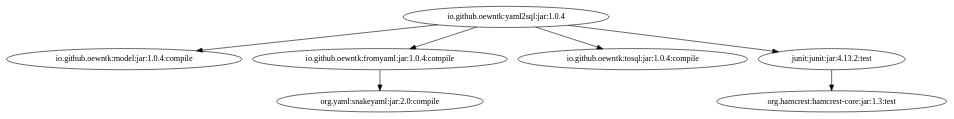
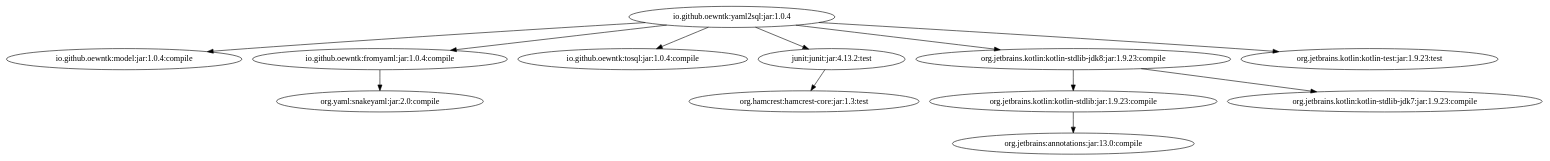
One commit to oewntk/grind_yaml2sql changed the diagram in images/grind-yaml2sql.dot. Above: the diagram before and after it, drawn with Graphviz. The commit also changed 1 other file, not shown here.

Commit message:
fromyaml to kotlin

```diff
--- a/images/grind-yaml2sql.dot
+++ b/images/grind-yaml2sql.dot
@@ -1,8 +1,13 @@
 digraph "io.github.oewntk:yaml2sql:jar:1.0.4" { 
 	"io.github.oewntk:yaml2sql:jar:1.0.4" -> "io.github.oewntk:model:jar:1.0.4:compile" ; 
 	"io.github.oewntk:yaml2sql:jar:1.0.4" -> "io.github.oewntk:fromyaml:jar:1.0.4:compile" ; 
 	"io.github.oewntk:yaml2sql:jar:1.0.4" -> "io.github.oewntk:tosql:jar:1.0.4:compile" ; 
 	"io.github.oewntk:yaml2sql:jar:1.0.4" -> "junit:junit:jar:4.13.2:test" ; 
+	"io.github.oewntk:yaml2sql:jar:1.0.4" -> "org.jetbrains.kotlin:kotlin-stdlib-jdk8:jar:1.9.23:compile" ; 
+	"io.github.oewntk:yaml2sql:jar:1.0.4" -> "org.jetbrains.kotlin:kotlin-test:jar:1.9.23:test" ; 
 	"io.github.oewntk:fromyaml:jar:1.0.4:compile" -> "org.yaml:snakeyaml:jar:2.0:compile" ; 
 	"junit:junit:jar:4.13.2:test" -> "org.hamcrest:hamcrest-core:jar:1.3:test" ; 
+	"org.jetbrains.kotlin:kotlin-stdlib-jdk8:jar:1.9.23:compile" -> "org.jetbrains.kotlin:kotlin-stdlib:jar:1.9.23:compile" ; 
+	"org.jetbrains.kotlin:kotlin-stdlib-jdk8:jar:1.9.23:compile" -> "org.jetbrains.kotlin:kotlin-stdlib-jdk7:jar:1.9.23:compile" ; 
+	"org.jetbrains.kotlin:kotlin-stdlib:jar:1.9.23:compile" -> "org.jetbrains:annotations:jar:13.0:compile" ; 
  } 
```
